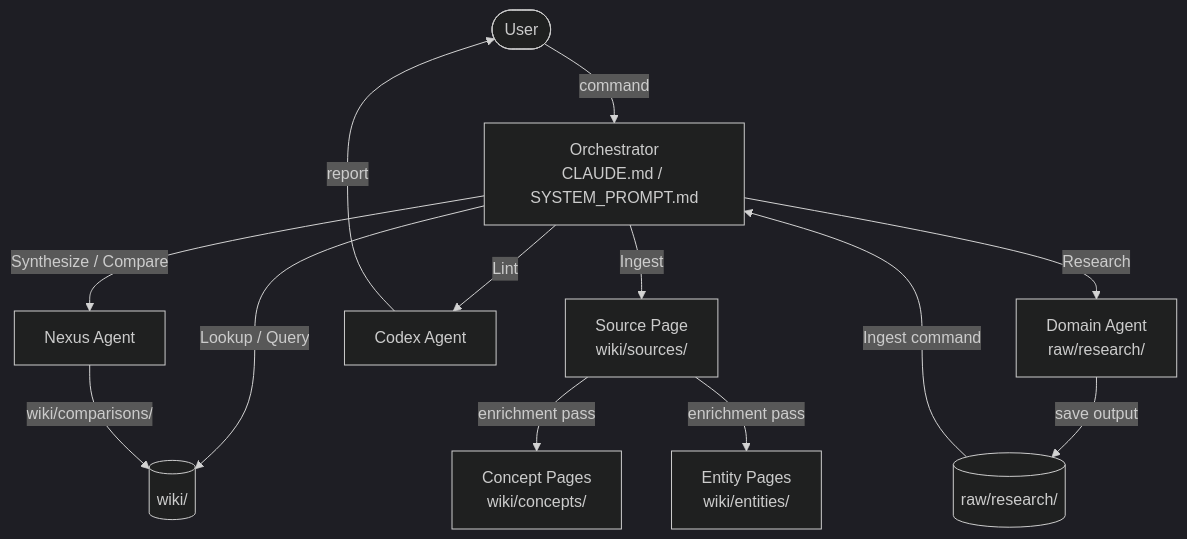
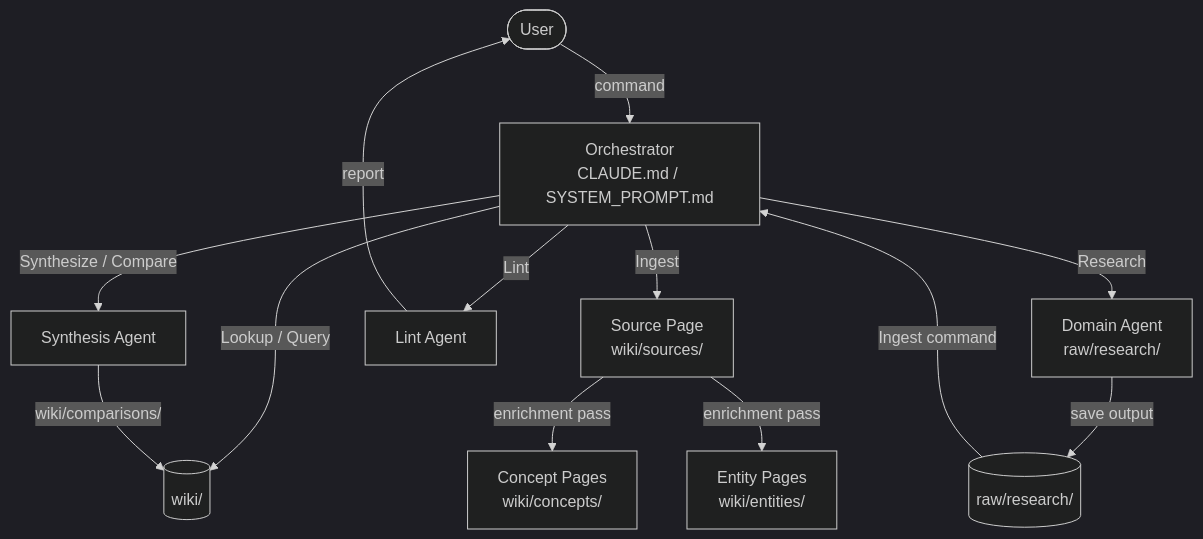
One commit to Rituparno-Majumdar/obsidian-llm-wiki-kit changed the diagram in README.md. Above: the diagram before and after it, drawn with Mermaid (dark theme).

Commit message:
refactor: use functional labels for Lint and Synthesis agents in architecture diagram
Replace opaque placeholder names ("Codex Agent", "Nexus Agent") with
role-descriptive labels ("Lint Agent", "Synthesis Agent") so the diagram
is self-explanatory without prior knowledge of internal agent names.

````diff
--- a/README.md
+++ b/README.md
@@ -107,15 +107,15 @@
 ```mermaid
 flowchart TD
     U([User]) -->|command| O[Orchestrator<br>CLAUDE.md / SYSTEM_PROMPT.md]
     O -->|Lookup / Query| W[(wiki/)]
     O -->|Research| DA[Domain Agent<br>raw/research/]
     O -->|Ingest| S[Source Page<br>wiki/sources/]
     S -->|enrichment pass| C[Concept Pages<br>wiki/concepts/]
     S -->|enrichment pass| E[Entity Pages<br>wiki/entities/]
-    O -->|Lint| L[Codex Agent]
+    O -->|Lint| L[Lint Agent]
     L -->|report| U
-    O -->|Synthesize / Compare| N[Nexus Agent]
+    O -->|Synthesize / Compare| N[Synthesis Agent]
     N -->|wiki/comparisons/| W
     DA -->|save output| R[(raw/research/)]
     R -->|Ingest command| O
 ```
````
